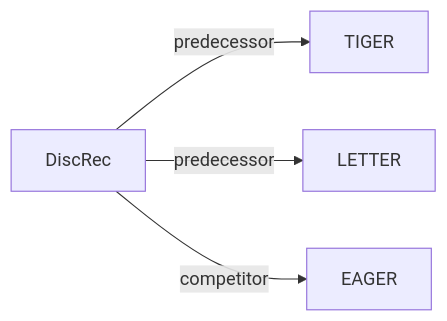
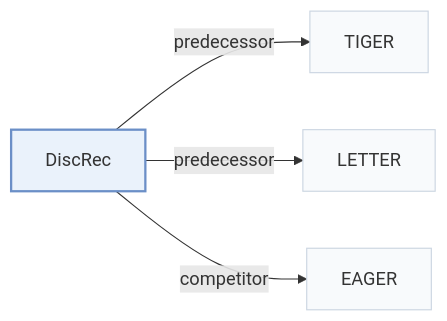
The second of 2 diagrams in pages/papers/discrec.md (Galaxy-ghost/Awesome-SID-Generative-Rec), drawn with Mermaid before and after one commit. The commit also changed other lines of this file and 649 other files, not shown here.

Commit message:
writer-05: also tags and modality index (schema, check, build, visuals); summary field removed; calibration data for 12 papers

````diff
--- a/pages/papers/discrec.md
+++ b/pages/papers/discrec.md
@@ -69,7 +74,11 @@
 ```mermaid
 flowchart LR
     P["DiscRec"]
-    P -->|predecessor| A["TIGER"]
-    P -->|predecessor| B["LETTER"]
-    P -->|competitor| C["EAGER"]
+    P -->|"predecessor"| A["TIGER"]
+    P -->|"predecessor"| B["LETTER"]
+    P -->|"competitor"| C["EAGER"]
+    classDef main fill:#eaf2fb,stroke:#6b8fc7,stroke-width:2px
+    classDef peer fill:#f8fafc,stroke:#cbd5e1
+    class P main
+    class A,B,C peer
 ```
````
